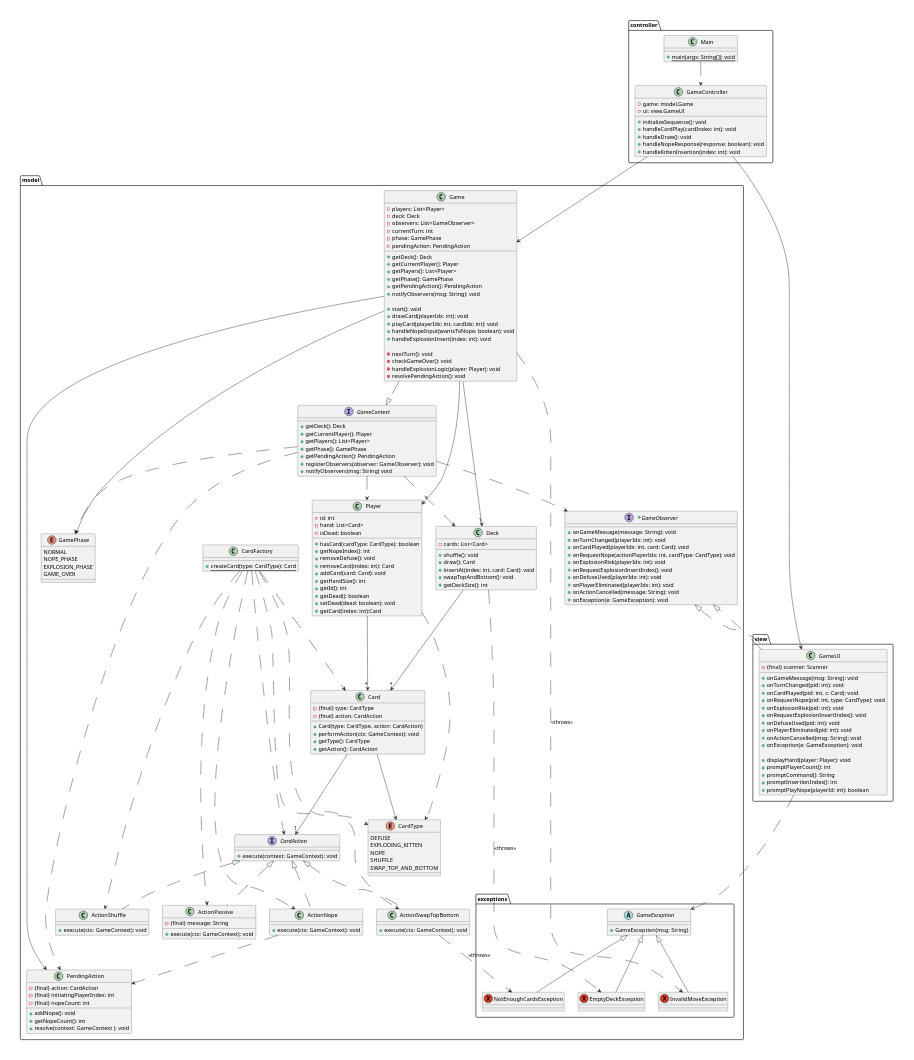
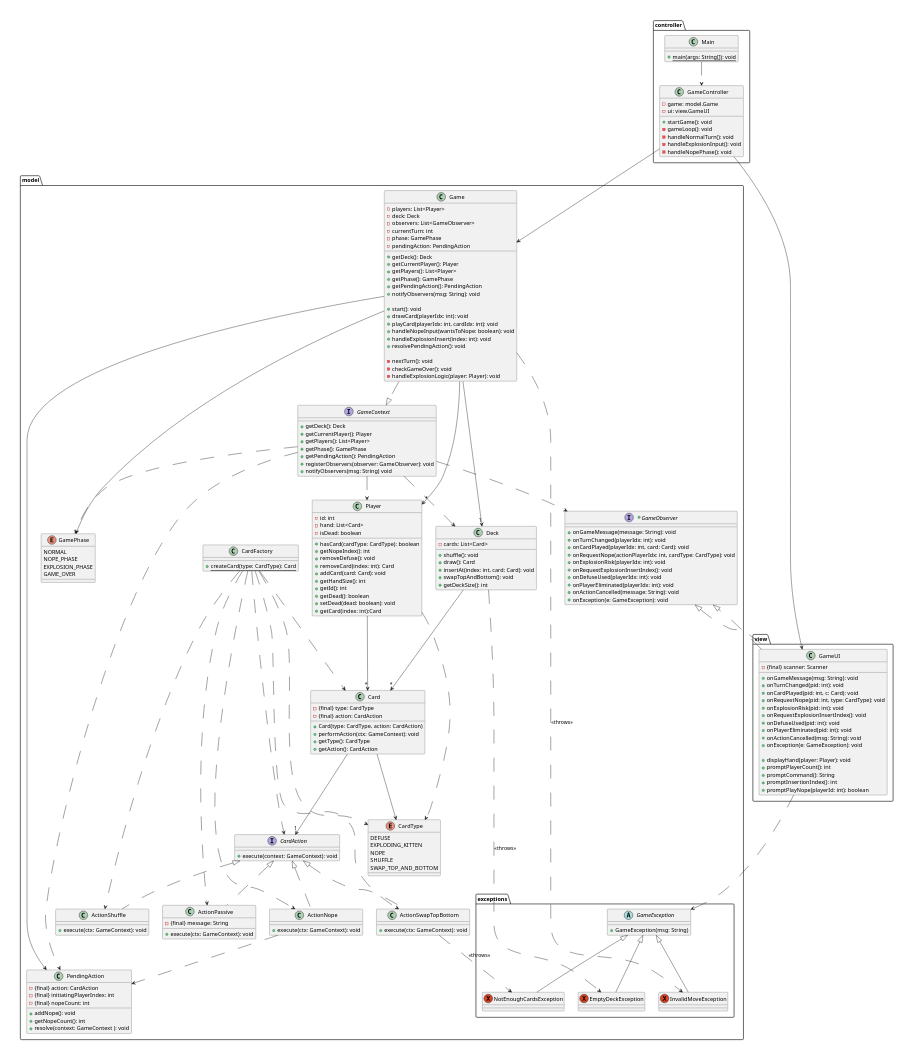
Before and after one commit to nu-cs-sw-design/project-20252601-396_final: the diagram in docs/design/design.puml, drawn with PlantUML. The commit also changed 7 other files, not shown here.

```diff
--- a/docs/design/design.puml
+++ b/docs/design/design.puml
@@ -71,11 +71,11 @@
         +playCard(playerIdx: int, cardIdx: int): void
         +handleNopeInput(wantsToNope: boolean): void
         +handleExplosionInsert(index: int): void
+        +resolvePendingAction(): void
 
         -nextTurn(): void
         -checkGameOver(): void
         -handleExplosionLogic(player: Player): void
-        -resolvePendingAction(): void
     }
 
     class Player {
@@ -177,11 +177,11 @@
         -game: model.Game
         -ui: view.GameUI
 
-        +initializeSequence(): void
-        +handleCardPlay(cardIndex: int): void
-        +handleDraw(): void
-        +handleNopeResponse(response: boolean): void
-        +handleKittenInsertion(index: int): void
+        +startGame(): void
+        -gameLoop(): void
+        -handleNormalTurn(): void
+        -handleExplosionInput(): void
+        -handleNopePhase(): void
     }
 
     class Main {
```
